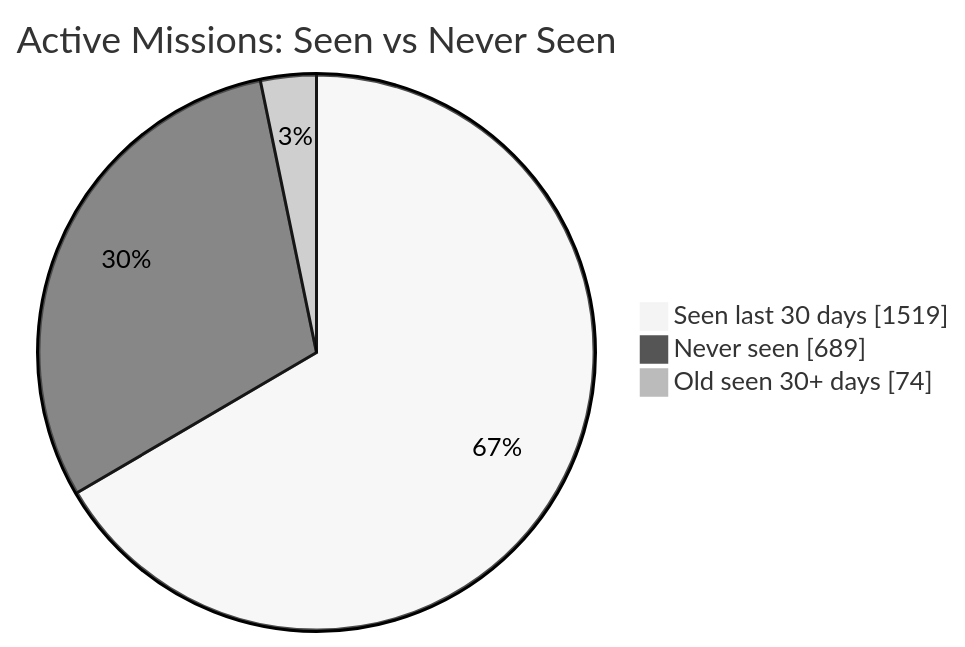
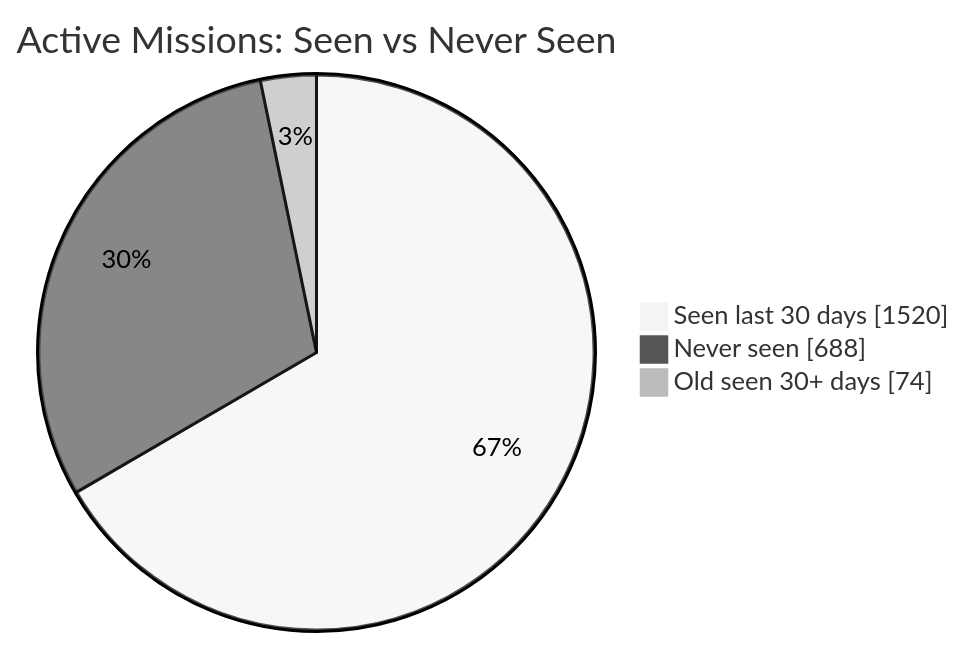
The first of 2 diagrams in README.md (MeldkamerspelGameTeam/active-missions), drawn with Mermaid (neutral theme) before and after one commit. The commit also changed other lines of this file and 2 other files, not shown here.

````diff
--- a/README.md
+++ b/README.md
@@ -34,7 +34,7 @@
 ```mermaid
 pie showData
     title Active Missions: Seen vs Never Seen
-    "Seen last 30 days" : 1519
-    "Never seen" : 689
+    "Seen last 30 days" : 1520
+    "Never seen" : 688
     "Old seen 30+ days" : 74
 ```
````
